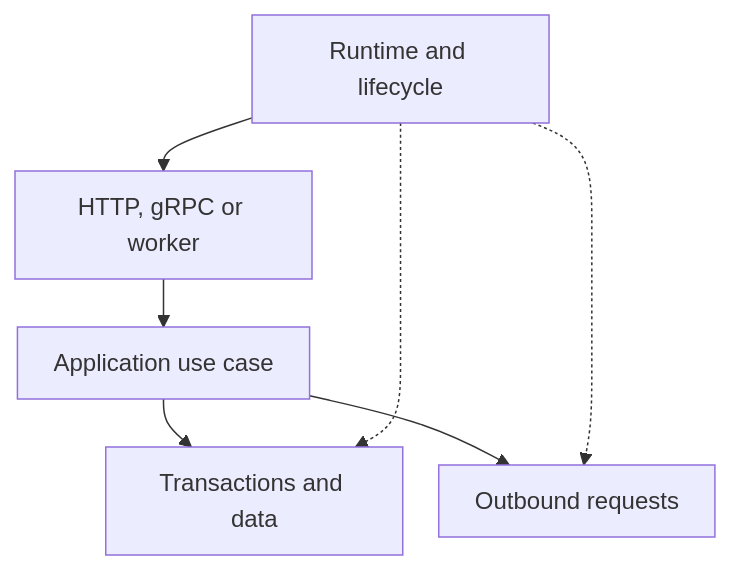
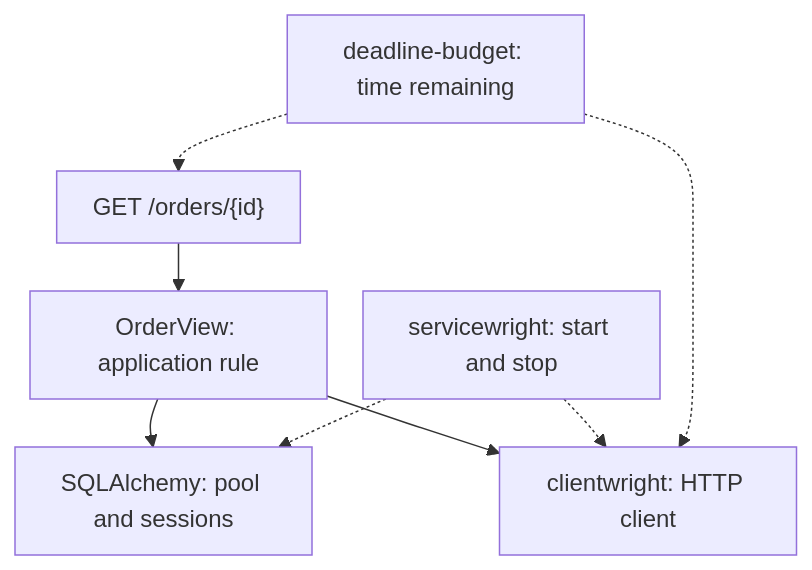
One commit to bedrock-python/bedrock-python.github.io changed the diagram in docs/blog/posts/2026-09-13-why-bedrock-python-libraries.md. Above: the diagram before and after it, drawn with Mermaid. The commit also changed other lines of this file and 37 other files, not shown here.

````diff
--- a/docs/blog/posts/2026-09-13-why-bedrock-python-libraries.md
+++ b/docs/blog/posts/2026-09-13-why-bedrock-python-libraries.md
@@ -56,26 +256,29 @@
 ```mermaid
 ---
 config:
   theme: default
   look: classic
   flowchart:
     useMaxWidth: false
     wrappingWidth: 150
     padding: 12
     nodeSpacing: 24
     rankSpacing: 32
 ---
 flowchart TD
-    accTitle: The application composes the pieces it needs
-    accDescr: The runtime manages resource lifetime. The application use case uses the clients and stores it needs while business rules remain in the service.
-    A["Runtime and lifecycle"]
-    B["HTTP, gRPC or worker"]
-    C["Application use case"]
-    D["Transactions and data"]
-    E["Outbound requests"]
-    A --> B --> C
-    C --> D
-    C --> E
-    A -.-> D
-    A -.-> E
+    accTitle: One use case with explicit resource owners
+    accDescr: servicewright manages shared resources. OrderView reads the order and queries stock; the handler sets the time budget and maps errors to HTTP responses.
+    A["servicewright: start and stop"]
+    B["SQLAlchemy: pool and sessions"]
+    C["clientwright: HTTP client"]
+    D["GET /orders/{id}"]
+    E["OrderView: application rule"]
+    F["deadline-budget: time remaining"]
+    D --> E
+    E --> B
+    E --> C
+    A -.-> B
+    A -.-> C
+    F -.-> D
+    F -.-> C
 ```
````
